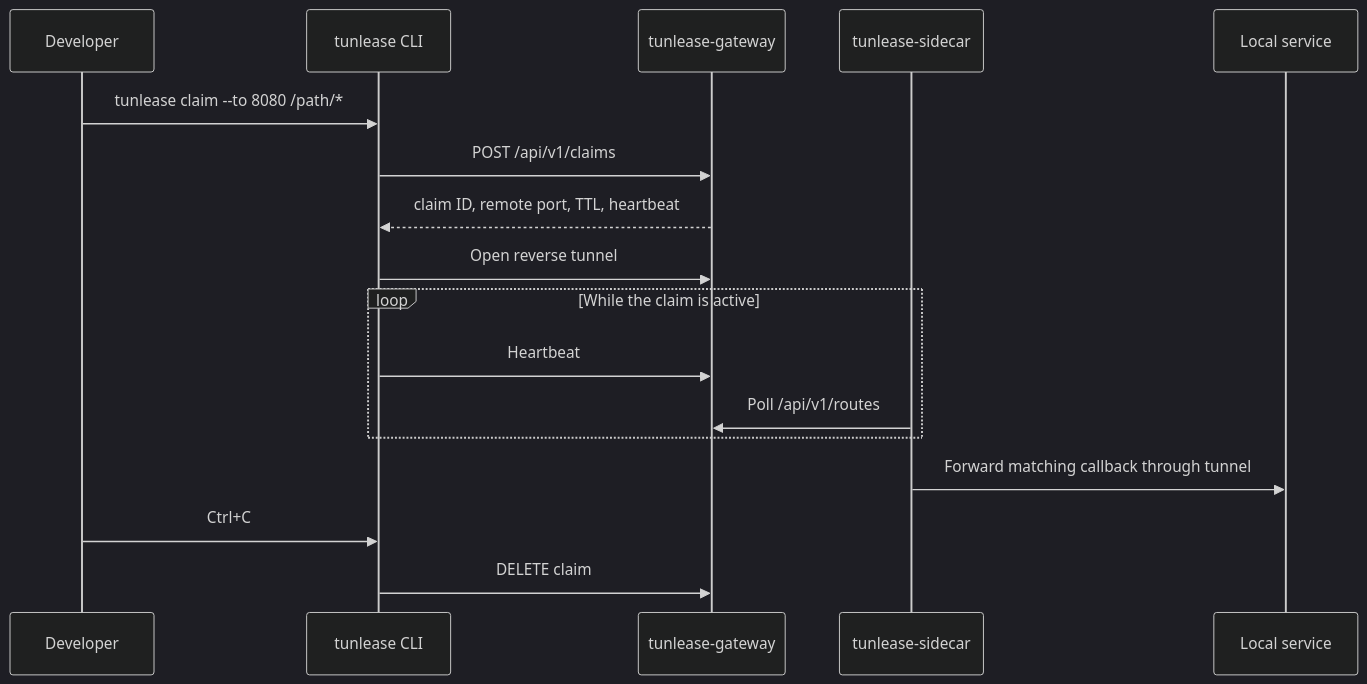
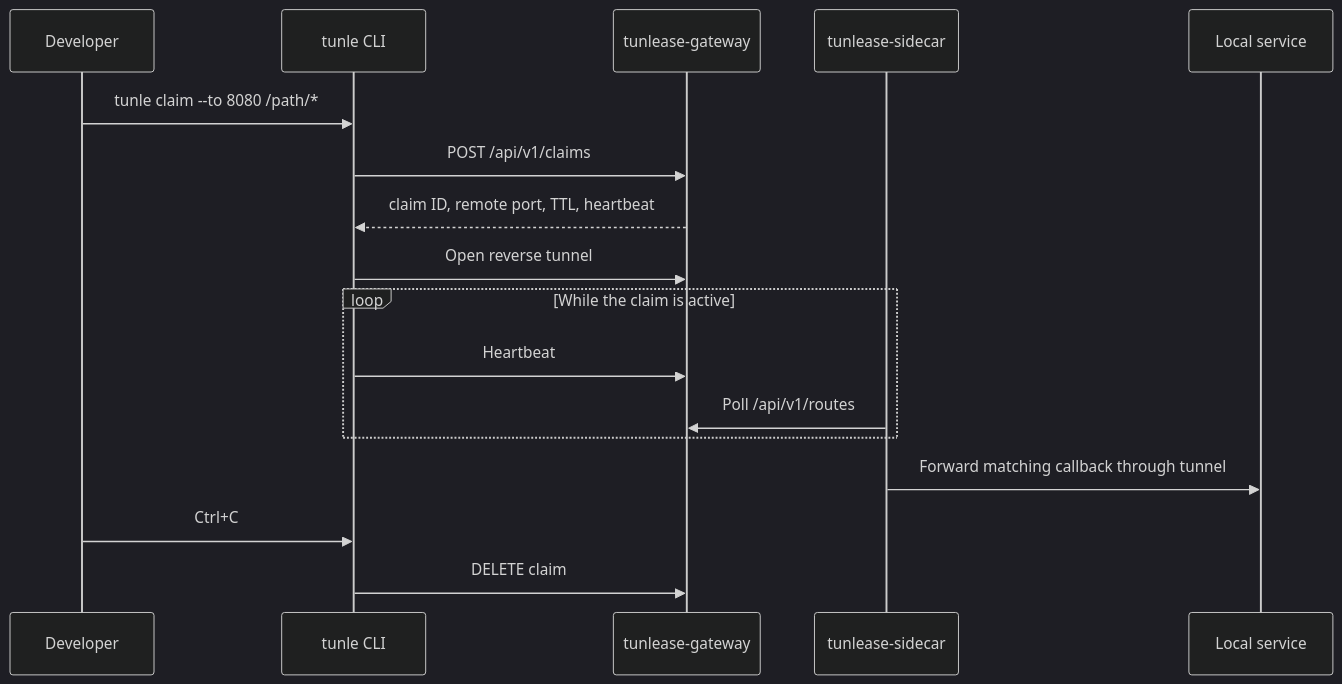
The third of 3 diagrams in docs/architecture.md (iml885203/tunlease), drawn with Mermaid (dark theme) before and after one commit. The commit also changed other lines of this file and 19 other files, not shown here.

First line of the commit message:
feat: shorten CLI command to `tunle`; minimal bore-style demo

````diff
--- a/docs/architecture.md
+++ b/docs/architecture.md
@@ -71,20 +71,20 @@
 ```mermaid
 sequenceDiagram
     participant Dev as Developer
-    participant CLI as tunlease CLI
+    participant CLI as tunle CLI
     participant GW as tunlease-gateway
     participant SC as tunlease-sidecar
     participant Local as Local service
 
-    Dev->>CLI: tunlease claim --to 8080 /path/*
+    Dev->>CLI: tunle claim --to 8080 /path/*
     CLI->>GW: POST /api/v1/claims
     GW-->>CLI: claim ID, remote port, TTL, heartbeat
     CLI->>GW: Open reverse tunnel
     loop While the claim is active
         CLI->>GW: Heartbeat
         SC->>GW: Poll /api/v1/routes
     end
     SC->>Local: Forward matching callback through tunnel
     Dev->>CLI: Ctrl+C
     CLI->>GW: DELETE claim
 ```
````
